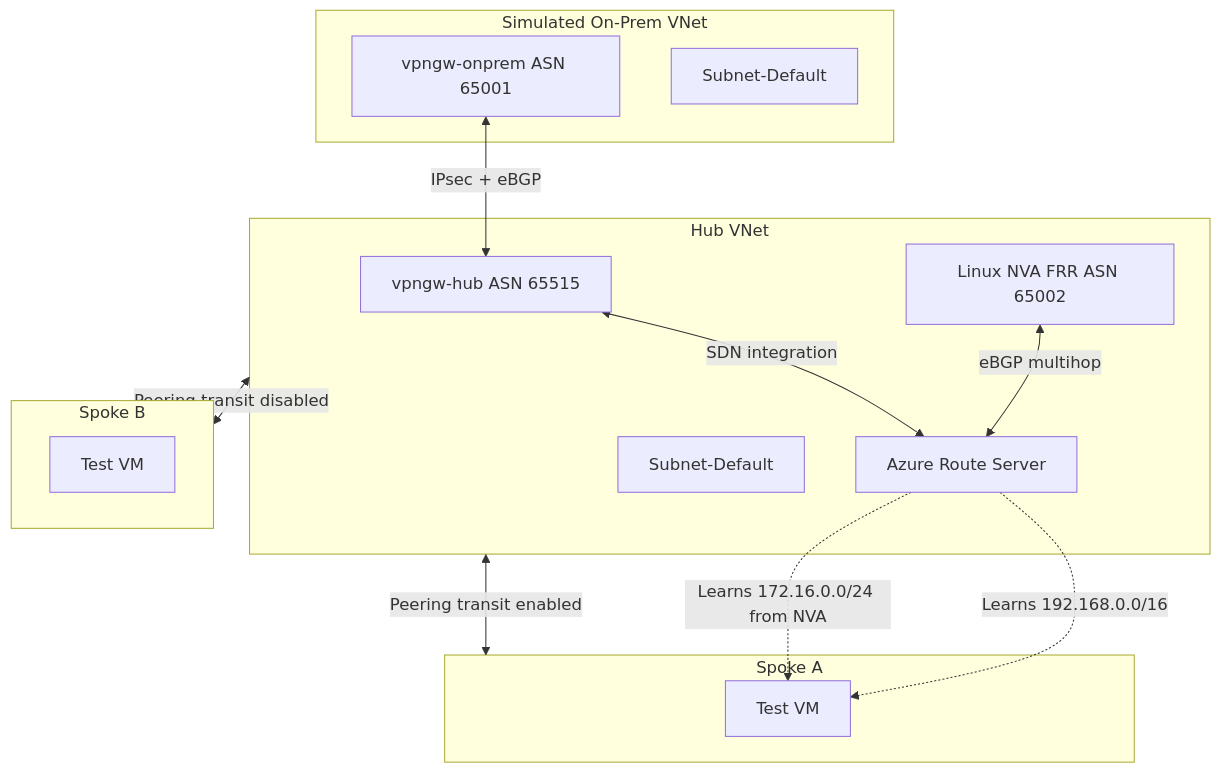
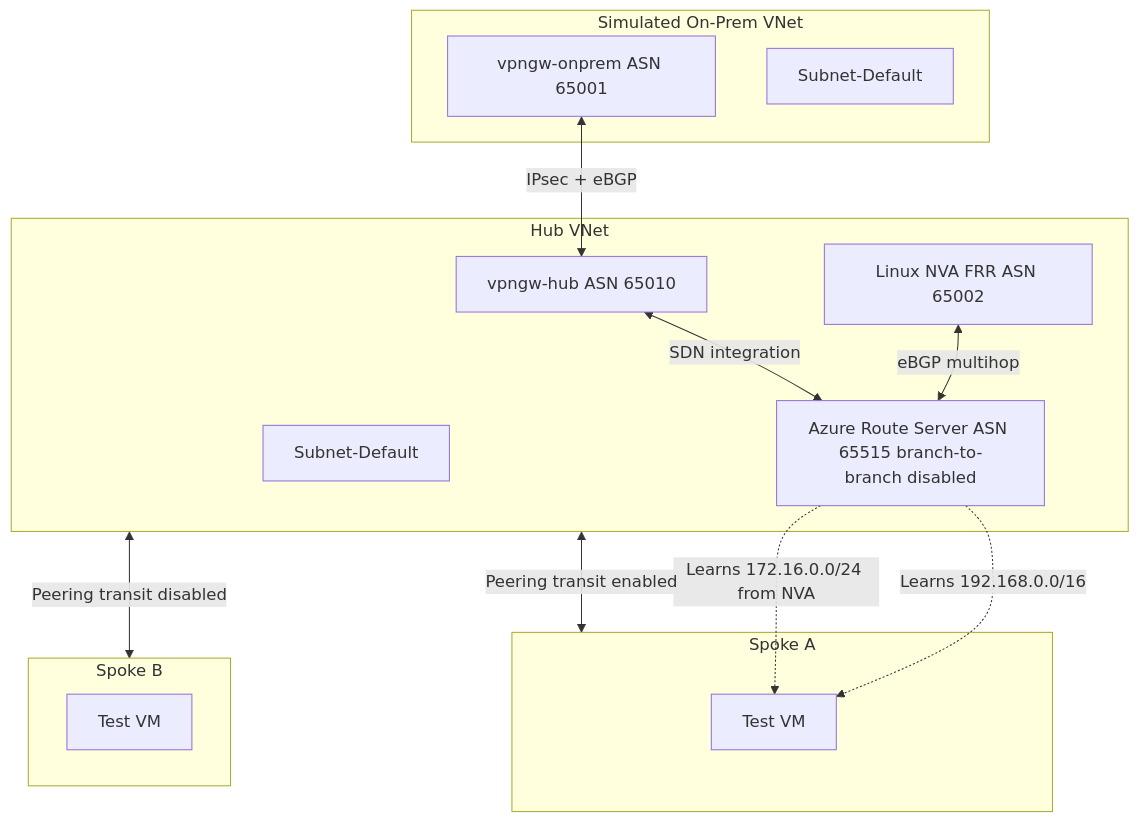
The diagram in README.md (code2gnana/az-ars-lab-test), drawn with Mermaid before and after one commit. The commit also changed other lines of this file and 2 other files, not shown here.

Commit message:
Add detailed analysis document and update references in lab guide and README

````diff
--- a/README.md
+++ b/README.md
@@ -88,32 +92,32 @@
 ```mermaid
 graph TD
     subgraph OnPrem [Simulated On-Prem VNet]
       OPGW[vpngw-onprem ASN 65001]
       OPSN[Subnet-Default]
     end
 
     subgraph Hub [Hub VNet]
-      HPGW[vpngw-hub ASN 65515]
-      ARS[Azure Route Server]
+      HPGW[vpngw-hub ASN 65010]
+      ARS[Azure Route Server ASN 65515 branch-to-branch disabled]
       NVA[Linux NVA FRR ASN 65002]
       HSN[Subnet-Default]
     end
 
     subgraph SA [Spoke A]
       SAHOST[Test VM]
     end
 
     subgraph SB [Spoke B]
       SBHOST[Test VM]
     end
 
     OPGW <-->|IPsec + eBGP| HPGW
     HPGW <-->|SDN integration| ARS
     NVA <-->|eBGP multihop| ARS
 
     Hub <-->|Peering transit enabled| SA
-    Hub <-->|Peering transit disabled| SB
+    Hub <--->|Peering transit disabled| SB
 
     ARS -.->|Learns 192.168.0.0/16| SAHOST
     ARS -.->|Learns 172.16.0.0/24 from NVA| SAHOST
 ```
````
